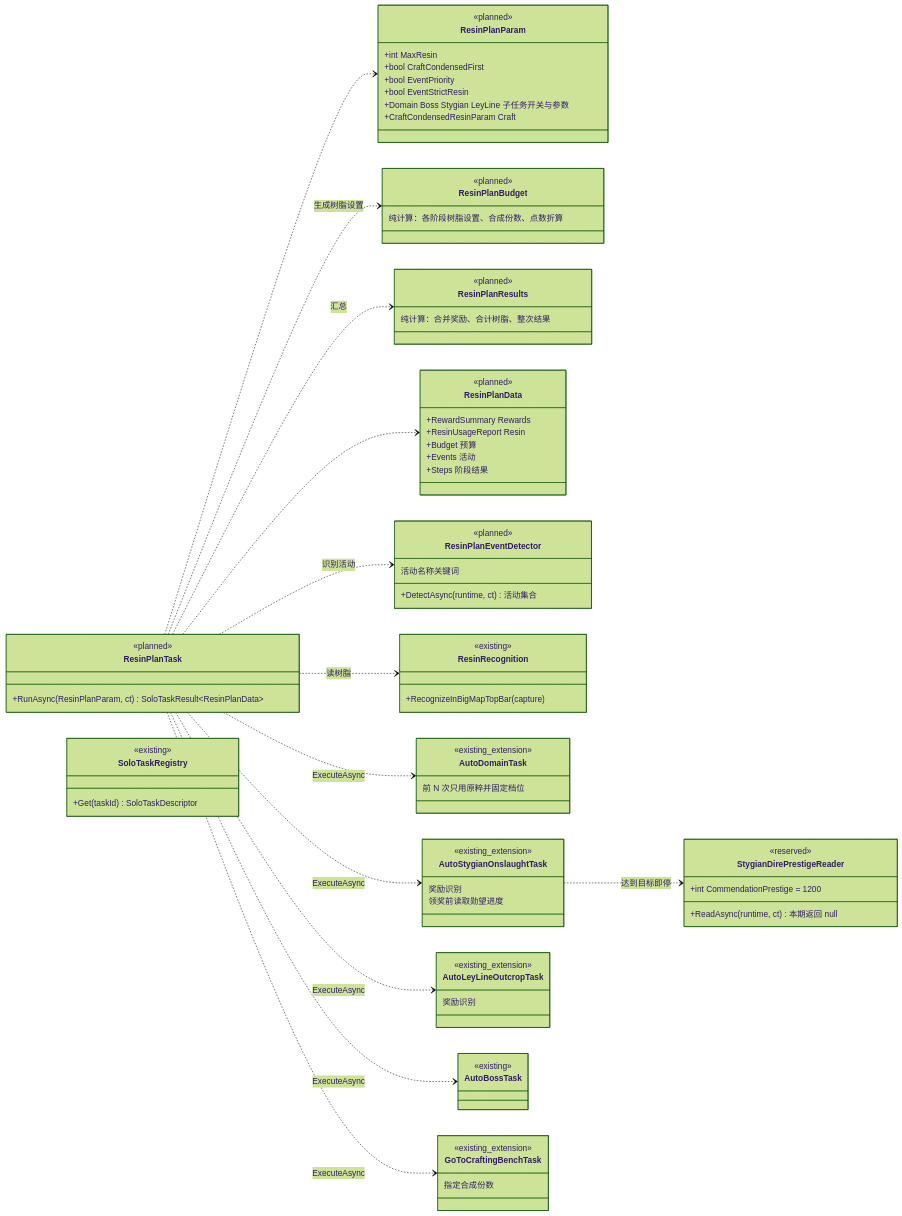
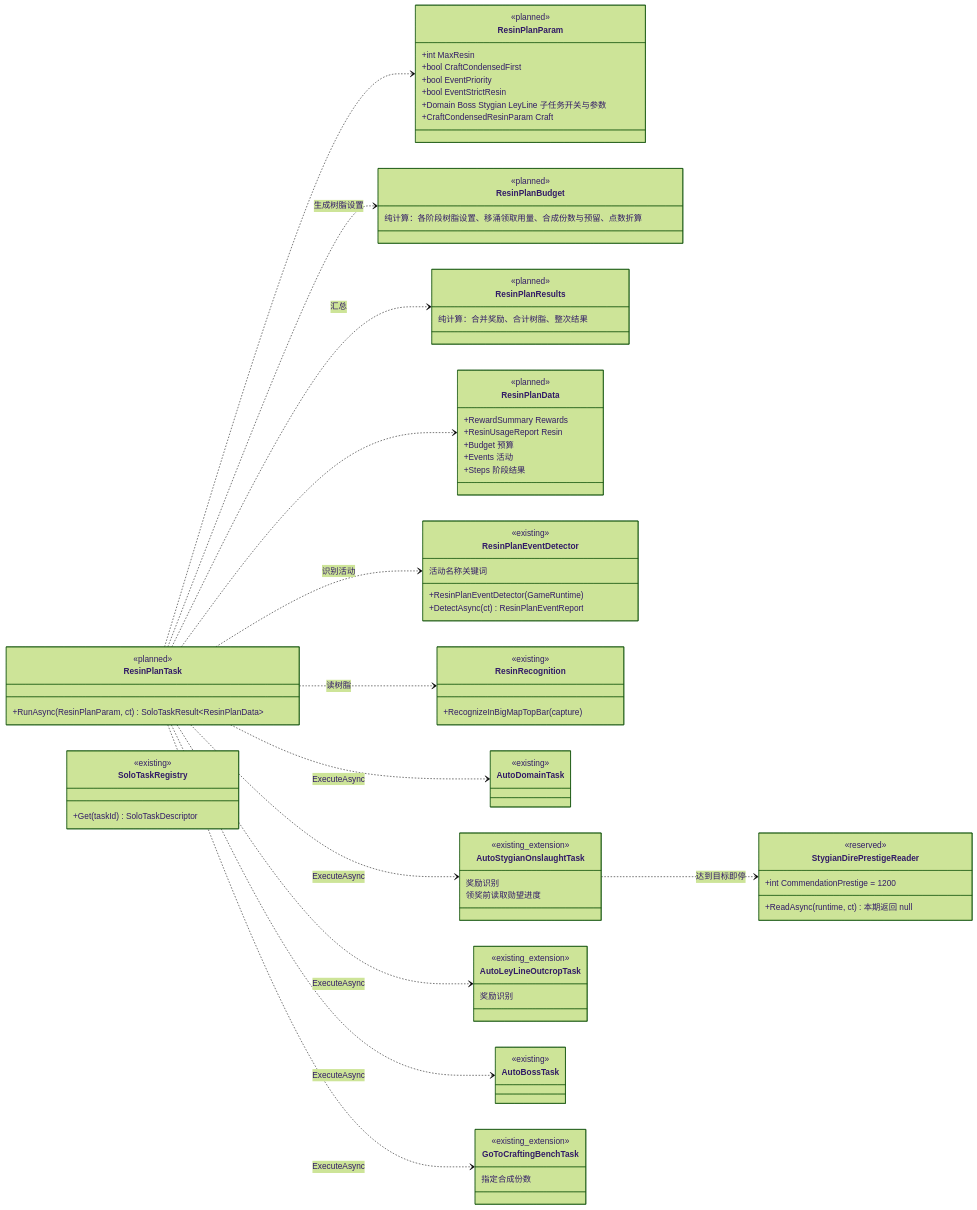
The second of 2 diagrams in Docs/design/pulonia/proposals/resin-plan.md (babalae/better-genshin-impact), drawn with Mermaid (forest theme) before and after one commit. The commit also changed other lines of this file and 14 other files, not shown here.

First line of the commit message:
feat(resin-plan): 体力计划活动优先（步骤 11.2）

```diff
--- a/Docs/design/pulonia/proposals/resin-plan.md
+++ b/Docs/design/pulonia/proposals/resin-plan.md
@@ -332,7 +471,7 @@
     }
     class ResinPlanBudget {
         <<planned>>
-        纯计算：各阶段树脂设置、合成份数、点数折算
+        纯计算：各阶段树脂设置、移涌领取用量、合成份数与预留、点数折算
     }
     class ResinPlanResults {
         <<planned>>
@@ -347,8 +486,9 @@
         +Steps 阶段结果
     }
     class ResinPlanEventDetector {
-        <<planned>>
-        +DetectAsync(runtime, ct) 活动集合
+        <<existing>>
+        +ResinPlanEventDetector(GameRuntime)
+        +DetectAsync(ct) ResinPlanEventReport
         活动名称关键词
     }
     class StygianDirePrestigeReader {
@@ -365,8 +505,7 @@
         +RecognizeInBigMapTopBar(capture)
     }
     class AutoDomainTask {
-        <<existing_extension>>
-        前 N 次只用原粹并固定档位
+        <<existing>>
     }
     class AutoStygianOnslaughtTask {
         <<existing_extension>>
```
